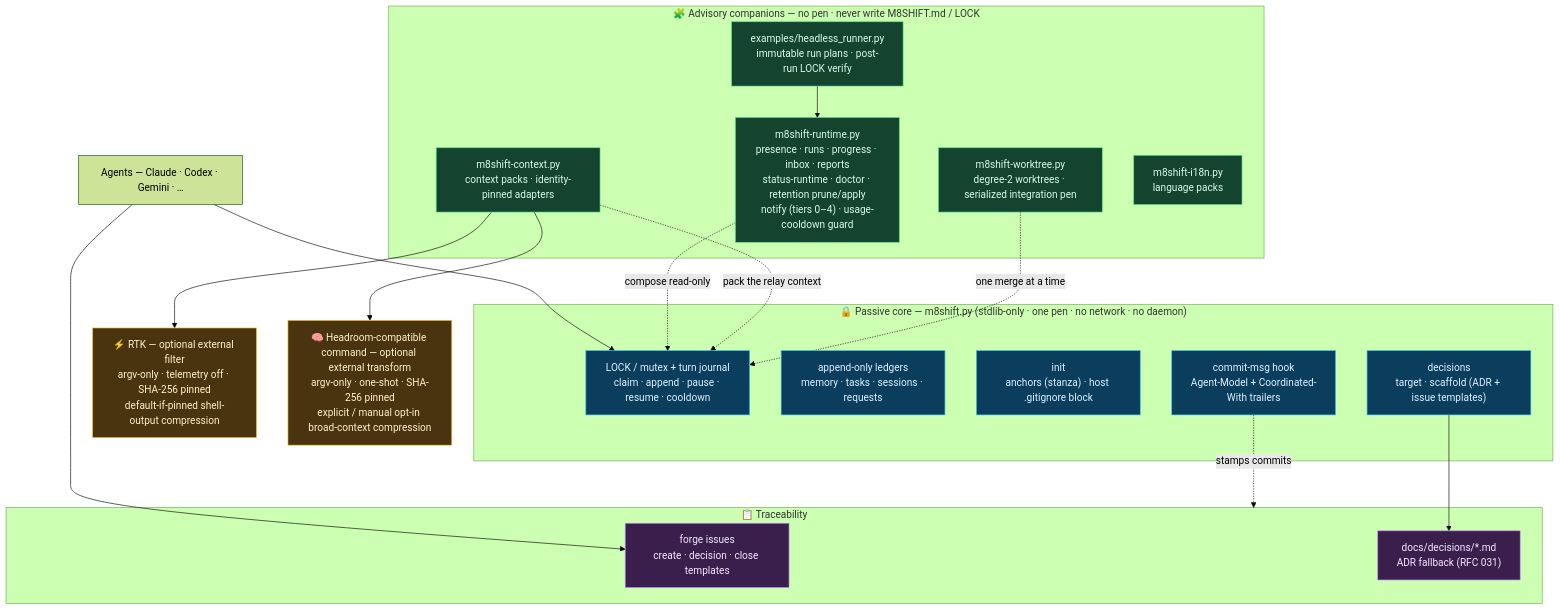
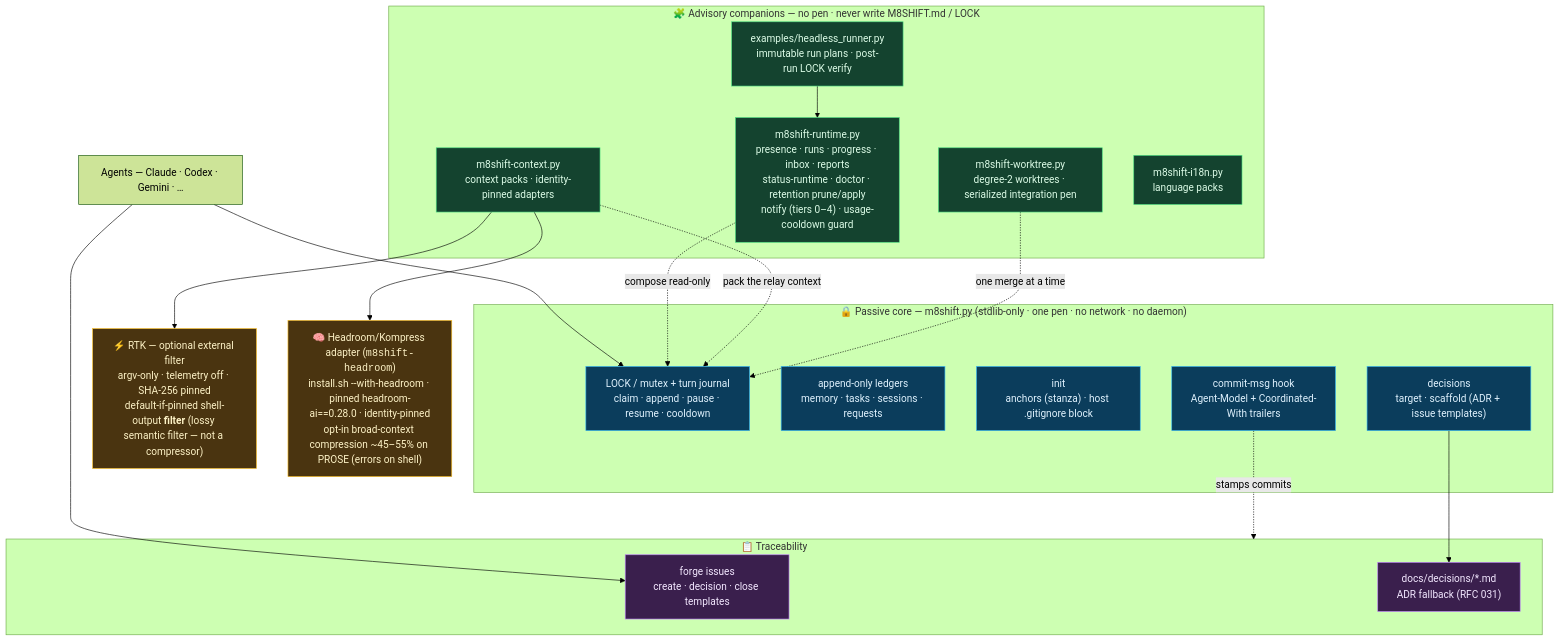
Before and after one commit to M8Shift/M8Shift: the fifth of 8 diagrams in docs/en/architecture.md, drawn with Mermaid (forest theme). The commit also changed other lines of this file and 1 other file, not shown here.

First line of the commit message:
docs: refresh architecture + spec for v3.43.0 (Headroom active, RTK=filter not compressor)

````diff
--- a/docs/en/architecture.md
+++ b/docs/en/architecture.md
@@ -172,48 +172,48 @@
 ```mermaid
 flowchart TB
     classDef core fill:#0b3d5c,stroke:#38bdf8,color:#e0f2fe;
     classDef companion fill:#14432f,stroke:#4ade80,color:#dcfce7;
     classDef external fill:#4a3410,stroke:#fbbf24,color:#fef3c7;
     classDef forge fill:#3a1f4d,stroke:#c084fc,color:#f3e8ff;
 
     AG["Agents — Claude · Codex · Gemini · …"]
 
     subgraph CORE["🔒 Passive core — m8shift.py (stdlib-only · one pen · no network · no daemon)"]
         LOCK["LOCK / mutex + turn journal<br/>claim · append · pause · resume · cooldown"]
         LEDG["append-only ledgers<br/>memory · tasks · sessions · requests"]
         INIT["init<br/>anchors (stanza) · host .gitignore block"]
         DEC["decisions<br/>target · scaffold (ADR + issue templates)"]
         HOOK["commit-msg hook<br/>Agent-Model + Coordinated-With trailers"]
     end
     class LOCK,LEDG,INIT,DEC,HOOK core
 
     subgraph COMP["🧩 Advisory companions — no pen · never write M8SHIFT.md / LOCK"]
         RT["m8shift-runtime.py<br/>presence · runs · progress · inbox · reports<br/>status-runtime · doctor · retention prune/apply<br/>notify (tiers 0–4) · usage-cooldown guard"]
         CX["m8shift-context.py<br/>context packs · identity-pinned adapters"]
         WT["m8shift-worktree.py<br/>degree-2 worktrees · serialized integration pen"]
         I18["m8shift-i18n.py<br/>language packs"]
         HR["examples/headless_runner.py<br/>immutable run plans · post-run LOCK verify"]
     end
     class RT,CX,WT,I18,HR companion
 
-    RTK["⚡ RTK — optional external filter<br/>argv-only · telemetry off · SHA-256 pinned<br/>default-if-pinned shell-output compression"]
-    HD["🧠 Headroom-compatible command — optional external transform<br/>argv-only · one-shot · SHA-256 pinned<br/>explicit / manual opt-in broad-context compression"]
+    RTK["⚡ RTK — optional external filter<br/>argv-only · telemetry off · SHA-256 pinned<br/>default-if-pinned shell-output <b>filter</b> (lossy semantic filter — not a compressor)"]
+    HD["🧠 Headroom/Kompress adapter (<code>m8shift-headroom</code>)<br/>install.sh --with-headroom · pinned headroom-ai==0.28.0 · identity-pinned<br/>opt-in broad-context compression ~45–55% on PROSE (errors on shell)"]
     class RTK,HD external
 
     subgraph TRACE["📋 Traceability"]
         ISS["forge issues<br/>create · decision · close templates"]
         ADR["docs/decisions/*.md<br/>ADR fallback (RFC 031)"]
     end
     class ISS,ADR forge
 
     AG --> LOCK
     AG --> ISS
     RT -. "compose read-only" .-> LOCK
     CX -. "pack the relay context" .-> LOCK
     CX --> RTK
     CX --> HD
     WT -. "one merge at a time" .-> LOCK
     HR --> RT
     DEC --> ADR
     HOOK -. "stamps commits" .-> TRACE
 ```
````
